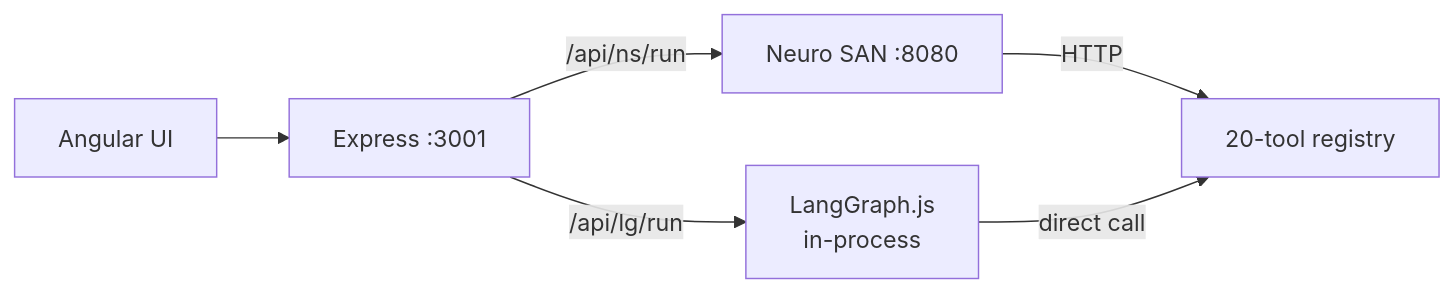
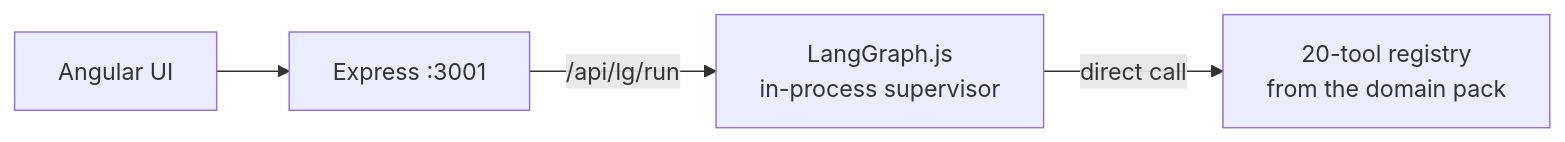
Before and after one commit to selvaonline/realestate-ai-agent: the diagram in docs/index.md, drawn with Mermaid. The commit also changed other lines of this file and 37 other files, not shown here.

First line of the commit message:
refactor: remove Neuro SAN orchestrator — LangGraph.js is the single engine

````diff
--- a/docs/index.md
+++ b/docs/index.md
@@ -53,8 +53,6 @@
 ```mermaid
 flowchart LR
     UI[Angular UI] --> EX[Express :3001]
-    EX -->|/api/ns/run| NS[Neuro SAN :8080]
-    EX -->|/api/lg/run| LG[LangGraph.js<br/>in-process]
-    NS -->|HTTP| T[20-tool registry]
-    LG -->|direct call| T
+    EX -->|/api/lg/run| LG[LangGraph.js<br/>in-process supervisor]
+    LG -->|direct call| T[20-tool registry<br/>from the domain pack]
 ```
````
